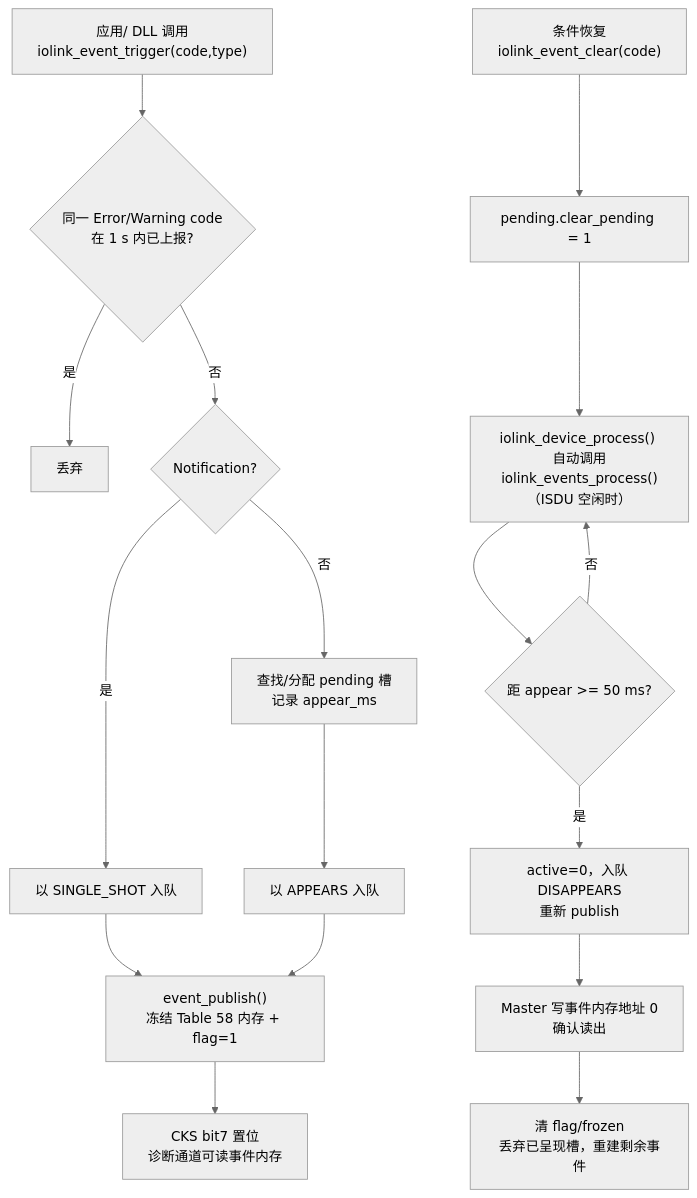
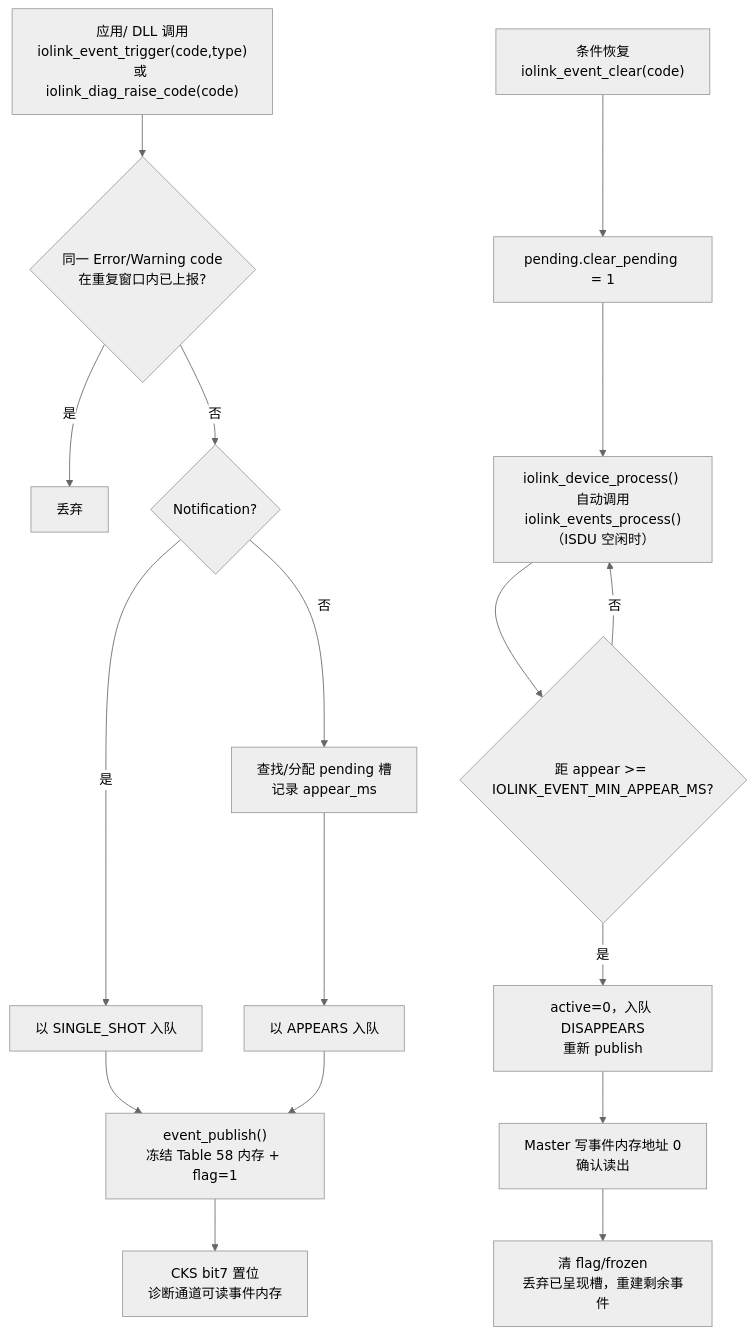
One commit to Adlyq/iolinki changed diagram 13 of 16 in docs/CODE_FLOW.md. Above: the diagram before and after it, drawn with Mermaid (neutral theme). The commit also changed other lines of this file and 7 other files, not shown here.

First line of the commit message:
docs: sync the API, architecture and flow docs with the post-CR code

````diff
--- a/docs/CODE_FLOW.md
+++ b/docs/CODE_FLOW.md
@@ -614,20 +690,20 @@
 ```mermaid
 flowchart TD
-    A["应用/ DLL 调用<br/>iolink_event_trigger(code,type)"] --> B{"同一 Error/Warning code<br/>在 1 s 内已上报?"}
+    A["应用/ DLL 调用<br/>iolink_event_trigger(code,type)<br/>或 iolink_diag_raise_code(code)"] --> B{"同一 Error/Warning code<br/>在重复窗口内已上报?"}
     B -- 是 --> B1["丢弃"]
     B -- 否 --> C{"Notification?"}
     C -- 是 --> C1["以 SINGLE_SHOT 入队"]
     C -- 否 --> C2["查找/分配 pending 槽<br/>记录 appear_ms"]
     C2 --> C3["以 APPEARS 入队"]
     C1 --> D["event_publish()<br/>冻结 Table 58 内存 + flag=1"]
     C3 --> D
     D --> E["CKS bit7 置位<br/>诊断通道可读事件内存"]
 
     F["条件恢复<br/>iolink_event_clear(code)"] --> G["pending.clear_pending = 1"]
     G --> H["iolink_device_process() 自动调用<br/>iolink_events_process()<br/>（ISDU 空闲时）"]
-    H --> I{"距 appear >= 50 ms?"}
+    H --> I{"距 appear >= IOLINK_EVENT_MIN_APPEAR_MS?"}
     I -- 否 --> H
     I -- 是 --> J["active=0，入队 DISAPPEARS<br/>重新 publish"]
     J --> K["Master 写事件内存地址 0<br/>确认读出"]
     K --> L["清 flag/frozen<br/>丢弃已呈现槽，重建剩余事件"]
 ```
````
